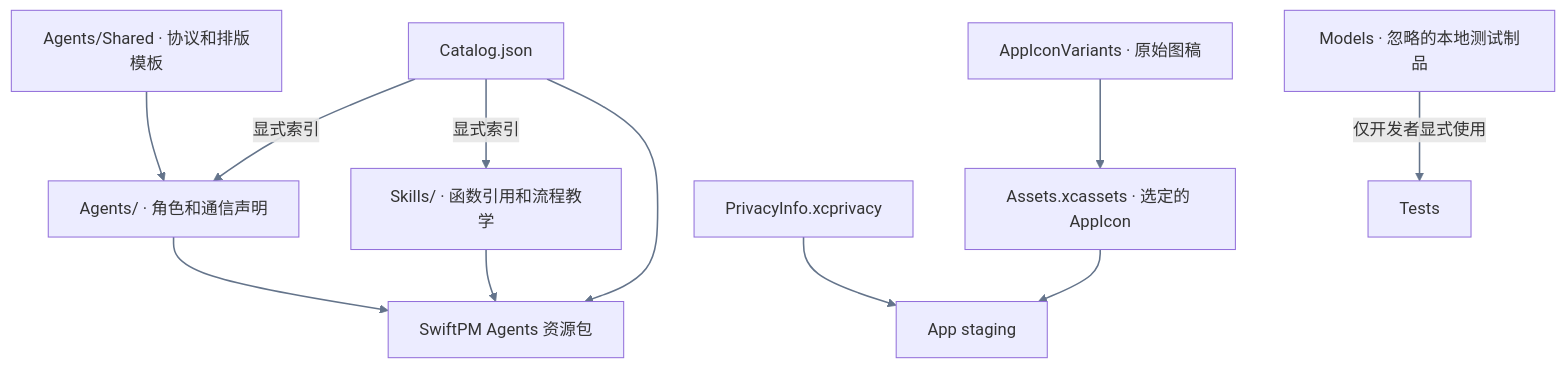
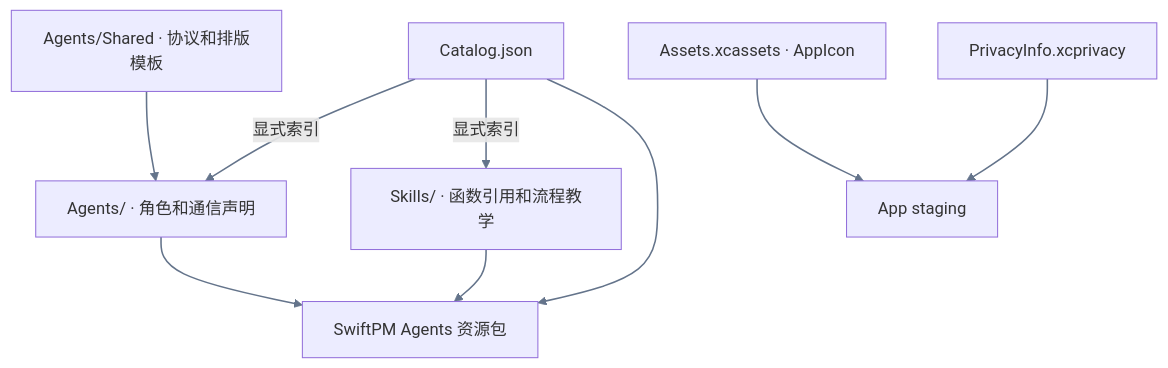
Before and after one commit to devilyouwei/MobileHarness: the second of 3 diagrams in MobileHarness/Resources/README.md, drawn with Mermaid. The commit also changed other lines of this file and 142 other files, not shown here.

````diff
--- a/MobileHarness/Resources/README.md
+++ b/MobileHarness/Resources/README.md
@@ -21,14 +21,13 @@
 ```mermaid
 flowchart TB
     Catalog["Catalog.json"] -->|显式索引| Roles["Agents/ · 角色和通信声明"]
     Catalog -->|显式索引| Skills["Skills/ · 函数引用和流程教学"]
     Shared["Agents/Shared · 协议和排版模板"] --> Roles
     Roles --> AgentBundle["SwiftPM Agents 资源包"]
     Skills --> AgentBundle
     Catalog --> AgentBundle
-    Variants["AppIconVariants · 原始图稿"] --> Assets["Assets.xcassets · 选定的 AppIcon"]
+    Assets["Assets.xcassets · AppIcon"]
     Assets --> AppBundle["App staging"]
     Privacy["PrivacyInfo.xcprivacy"] --> AppBundle
-    Models["Models · 忽略的本地测试制品"] -->|仅开发者显式使用| Tests
     linkStyle default stroke:#64748b,stroke-width:1.5px
 ```
````
